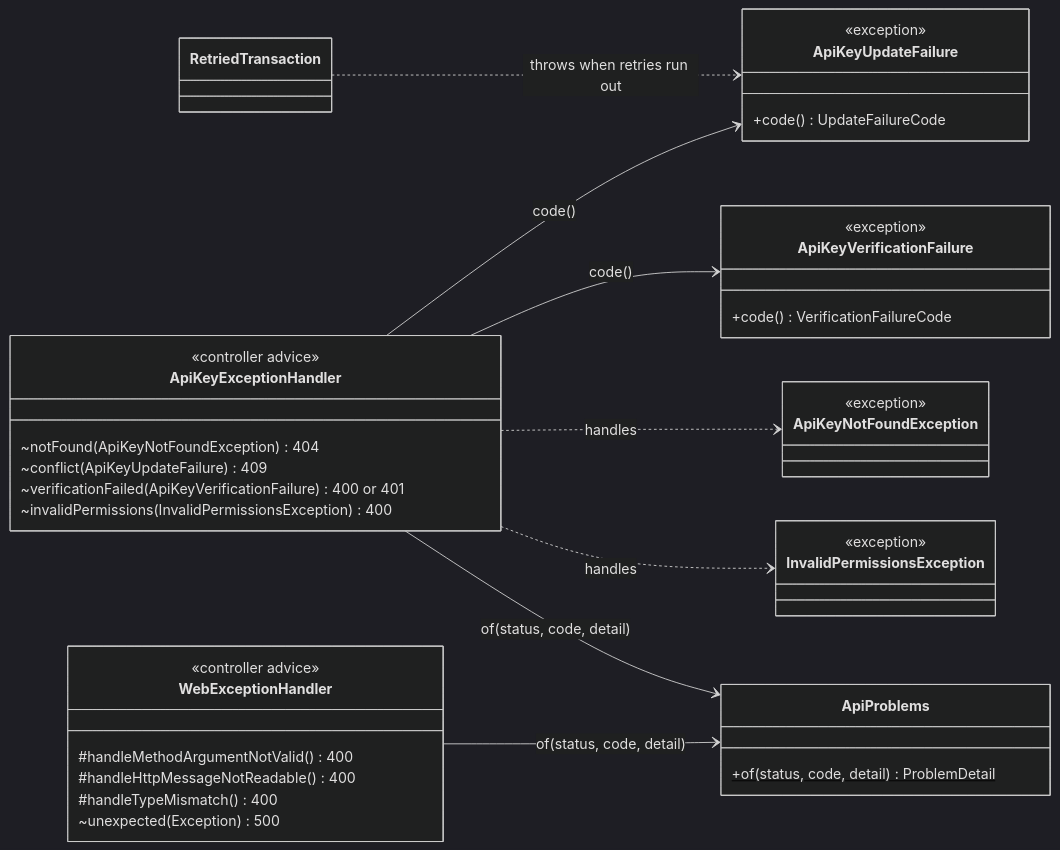
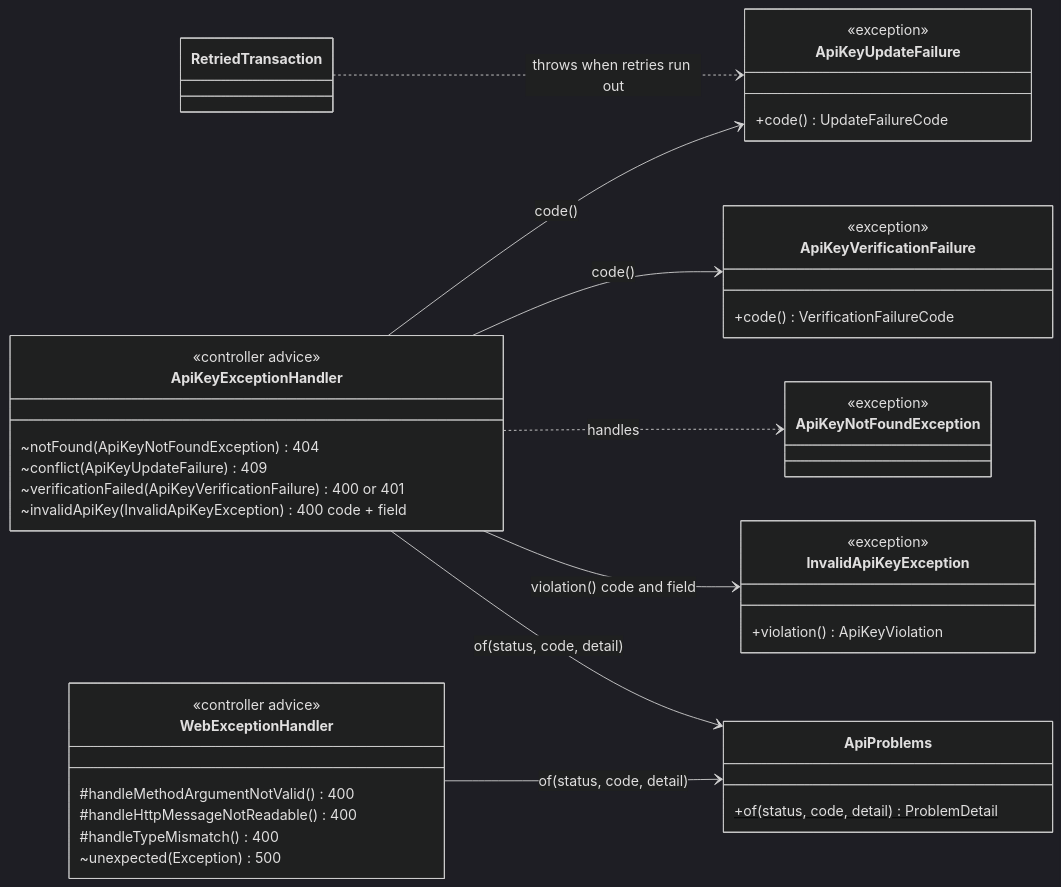
Before and after one commit to Dhiren9939/HQ-Tier0: diagram 11 of 11 in docs/access-class-diagram.md, drawn with Mermaid (dark theme). The commit also changed other lines of this file and 26 other files, not shown here.

First line of the commit message:
feat(access): enforce api key invariants with typed violations and a golden projection contract

````diff
--- a/docs/access-class-diagram.md
+++ b/docs/access-class-diagram.md
@@ -1044,45 +1056,46 @@
 ```mermaid
 classDiagram
     direction LR
 
     class ApiKeyExceptionHandler {
         <<controller advice>>
         ~notFound(ApiKeyNotFoundException) 404
         ~conflict(ApiKeyUpdateFailure) 409
         ~verificationFailed(ApiKeyVerificationFailure) 400 or 401
-        ~invalidPermissions(InvalidPermissionsException) 400
+        ~invalidApiKey(InvalidApiKeyException) 400 code + field
     }
     class WebExceptionHandler {
         <<controller advice>>
         #handleMethodArgumentNotValid() 400
         #handleHttpMessageNotReadable() 400
         #handleTypeMismatch() 400
         ~unexpected(Exception) 500
     }
     class ApiProblems {
         +of(status, code, detail)$ ProblemDetail
     }
     class RetriedTransaction
     class ApiKeyUpdateFailure {
         <<exception>>
         +code() UpdateFailureCode
     }
     class ApiKeyNotFoundException {
         <<exception>>
     }
-    class InvalidPermissionsException {
+    class InvalidApiKeyException {
         <<exception>>
+        +violation() ApiKeyViolation
     }
     class ApiKeyVerificationFailure {
         <<exception>>
         +code() VerificationFailureCode
     }
 
     RetriedTransaction ..> ApiKeyUpdateFailure : throws when retries run out
     ApiKeyExceptionHandler --> ApiKeyUpdateFailure : code()
     ApiKeyExceptionHandler --> ApiKeyVerificationFailure : code()
     ApiKeyExceptionHandler ..> ApiKeyNotFoundException : handles
-    ApiKeyExceptionHandler ..> InvalidPermissionsException : handles
+    ApiKeyExceptionHandler --> InvalidApiKeyException : violation() code and field
     ApiKeyExceptionHandler --> ApiProblems : of(status, code, detail)
     WebExceptionHandler --> ApiProblems : of(status, code, detail)
 ```
````
